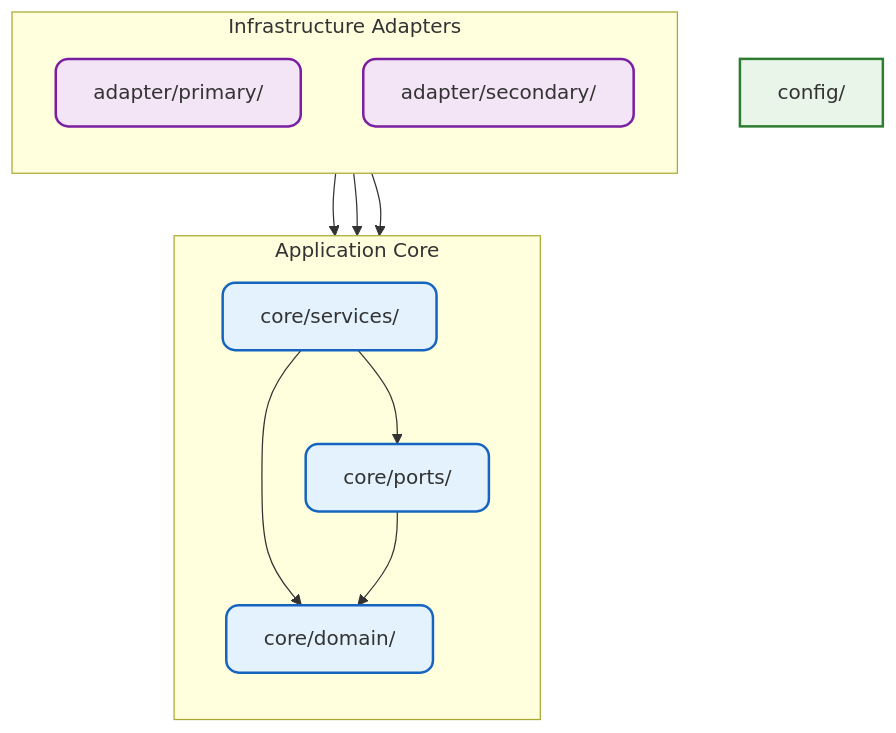
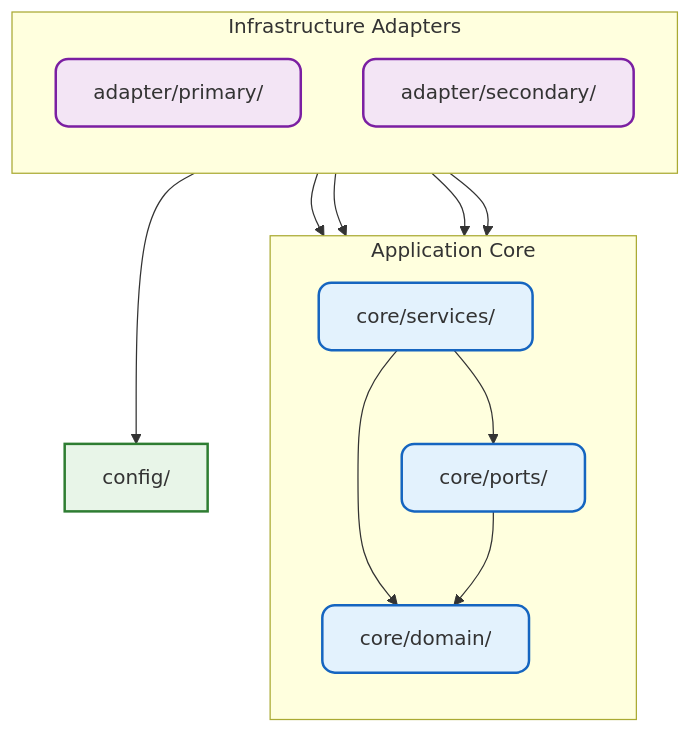
Before and after one commit to sploitzberg/go-llm-project-structure: the diagram in docs/architecture/architecture.md, drawn with Mermaid. The commit also changed other lines of this file and 65 other files, not shown here.

Commit message:
feat: harden bootstrap architecture and CI

````diff
--- a/docs/architecture/architecture.md
+++ b/docs/architecture/architecture.md
@@ -48,33 +63,35 @@
 ```mermaid
 flowchart TB
     subgraph Core["Application Core"]
         direction TB
         Domain[core/domain/]
         Port[core/ports/]
         Service[core/services/]
     end
 
     subgraph Adapters["Infrastructure Adapters"]
         direction TB
         PAdapter[adapter/primary/]
         SAdapter[adapter/secondary/]
     end
 
     Config[config/]
 
     Service --> Domain
     Service --> Port
     Port --> Domain
 
     PAdapter --> Port
     PAdapter --> Domain
+    PAdapter --> Config
     SAdapter --> Port
+    SAdapter --> Domain
 
     classDef core fill:#e3f2fd,stroke:#1565c0,stroke-width:2px,rx:10,ry:10
     classDef adapter fill:#f3e5f5,stroke:#7b1fa2,stroke-width:2px,rx:10,ry:10
     classDef config fill:#e8f5e8,stroke:#2e7d32,stroke-width:2px
 
     class Domain,Port,Service core
     class PAdapter,SAdapter adapter
     class Config config
 ```
````
